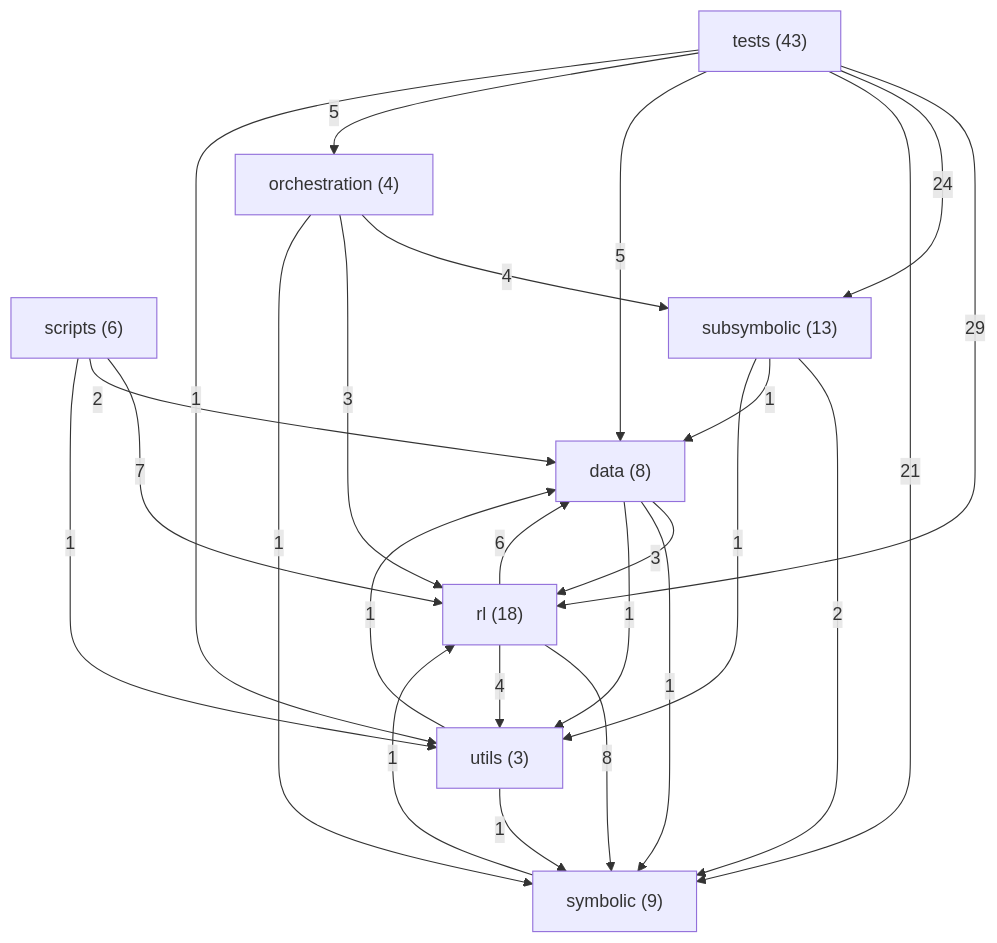
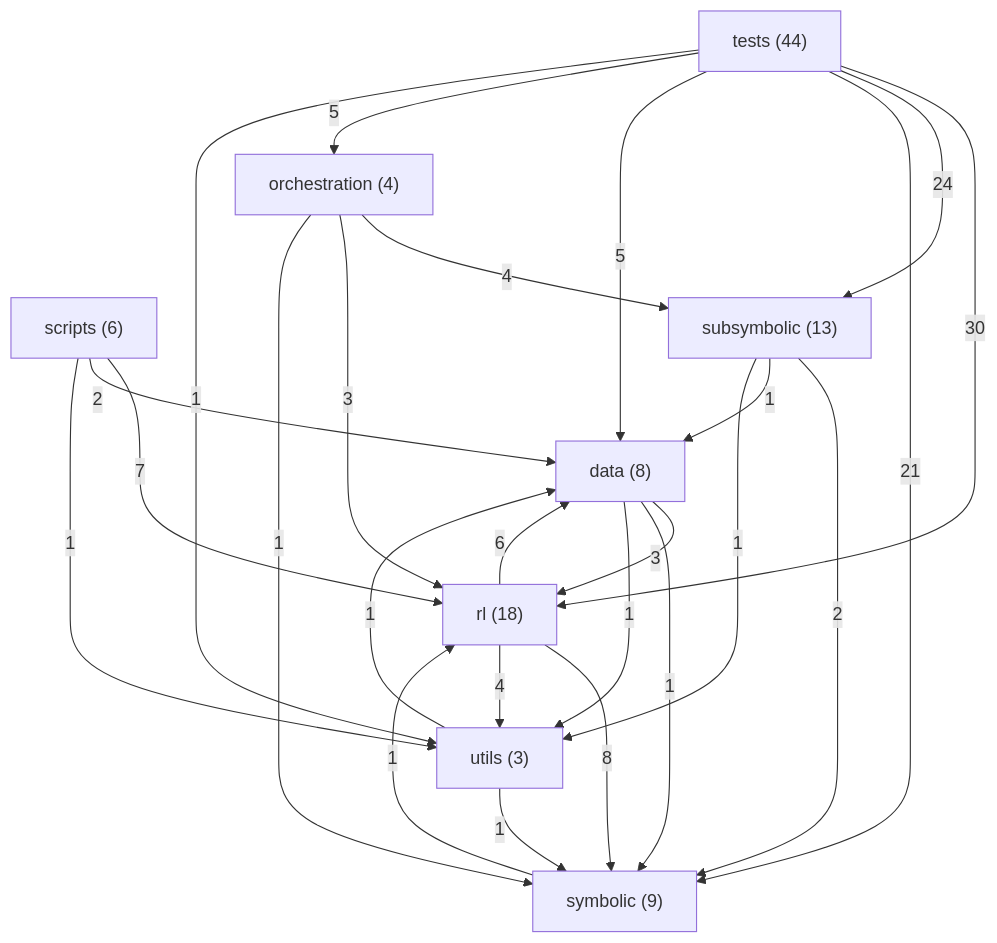
One commit to danrd/ARC-AGI changed the diagram in ARCHITECTURE.md. Above: the diagram before and after it, drawn with Mermaid. The commit also changed other lines of this file and 3 other files, not shown here.

````diff
--- a/ARCHITECTURE.md
+++ b/ARCHITECTURE.md
@@ -127,35 +127,35 @@
 ```mermaid
 graph TD
   data["data (8)"]
   orchestration["orchestration (4)"]
   rl["rl (18)"]
   scripts["scripts (6)"]
   subsymbolic["subsymbolic (13)"]
   symbolic["symbolic (9)"]
-  tests["tests (43)"]
+  tests["tests (44)"]
   utils["utils (3)"]
-  tests -->|29| rl
+  tests -->|30| rl
   tests -->|24| subsymbolic
   tests -->|21| symbolic
   rl -->|8| symbolic
   scripts -->|7| rl
   rl -->|6| data
   tests -->|5| data
   tests -->|5| orchestration
   orchestration -->|4| subsymbolic
   rl -->|4| utils
   data -->|3| rl
   orchestration -->|3| rl
   scripts -->|2| data
   subsymbolic -->|2| symbolic
   data -->|1| symbolic
   data -->|1| utils
   orchestration -->|1| symbolic
   scripts -->|1| utils
   subsymbolic -->|1| data
   subsymbolic -->|1| utils
   symbolic -->|1| rl
   tests -->|1| utils
   utils -->|1| data
   utils -->|1| symbolic
 ```
````
